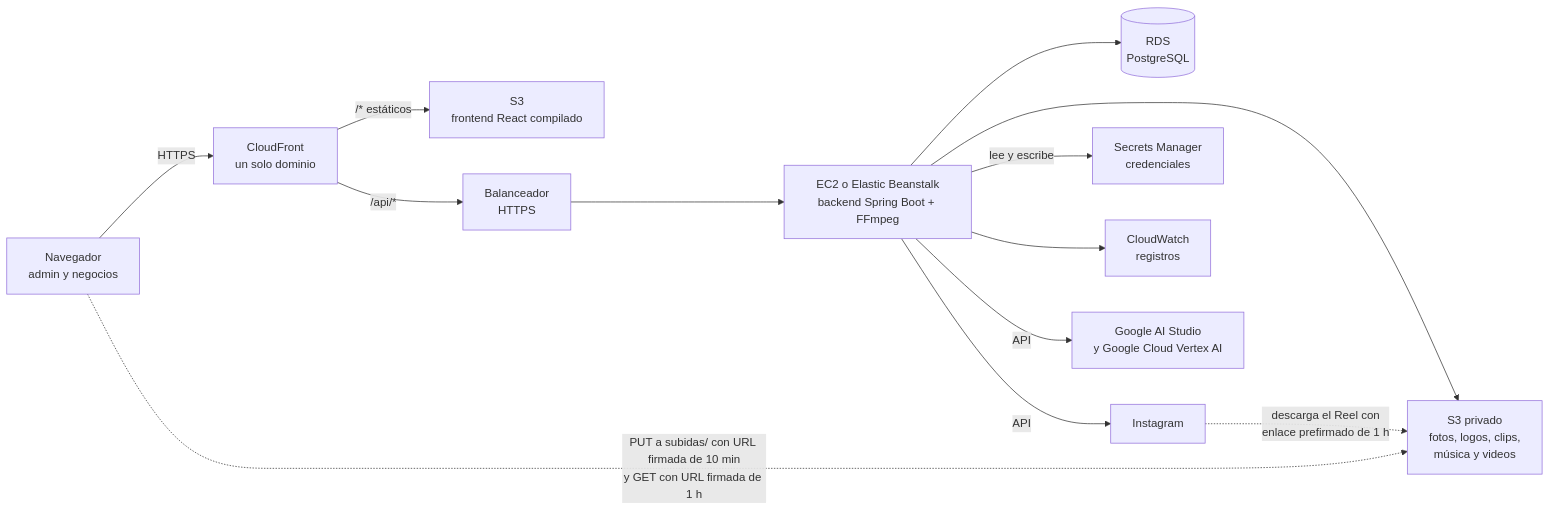
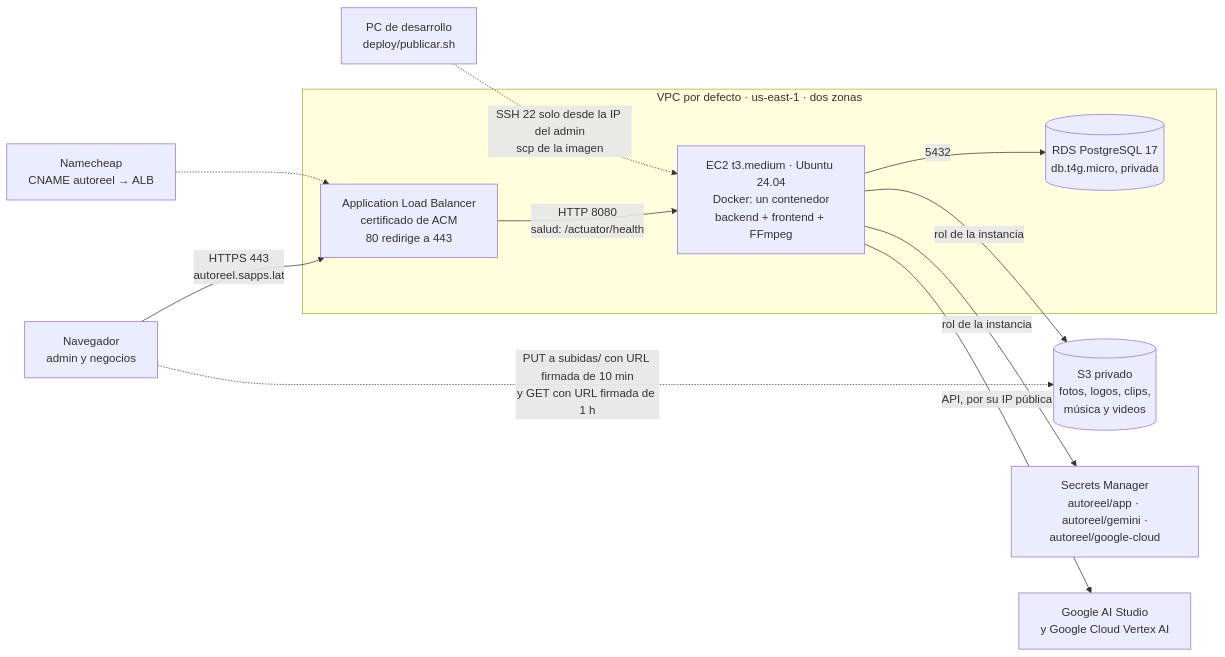
Before and after one commit to fabio2152/autoreel: the diagram in docs/despliegue-aws.md, drawn with Mermaid. The commit also changed other lines of this file and 28 other files, not shown here.

First line of the commit message:
feat: despliegue en aws con ec2, rds, s3 y secrets manager

````diff
--- a/docs/despliegue-aws.md
+++ b/docs/despliegue-aws.md
@@ -11,15 +13,19 @@
 ```mermaid
 flowchart LR
-    U[Navegador<br/>admin y negocios] -->|HTTPS| CF[CloudFront<br/>un solo dominio]
-    CF -->|/* estáticos| S3W[S3<br/>frontend React compilado]
-    CF -->|/api/*| ALB[Balanceador<br/>HTTPS]
-    ALB --> BE[EC2 o Elastic Beanstalk<br/>backend Spring Boot + FFmpeg]
-    BE --> RDS[(RDS<br/>PostgreSQL)]
-    BE --> S3A[S3 privado<br/>fotos, logos, clips,<br/>música y videos]
-    BE -->|lee y escribe| SM[Secrets Manager<br/>credenciales]
-    BE --> CW[CloudWatch<br/>registros]
-    BE -->|API| G[Google AI Studio<br/>y Google Cloud Vertex AI]
-    BE -->|API| IG[Instagram]
-    U -.->|PUT a subidas/ con URL firmada de 10 min<br/>y GET con URL firmada de 1 h| S3A
-    IG -.->|descarga el Reel con<br/>enlace prefirmado de 1 h| S3A
+    U["Navegador<br/>admin y negocios"] -->|"HTTPS 443<br/>autoreel.sapps.lat"| ALB
+    DNS["Namecheap<br/>CNAME autoreel → ALB"] -.-> ALB
+
+    subgraph vpc["VPC por defecto · us-east-1 · dos zonas"]
+        ALB["Application Load Balancer<br/>certificado de ACM<br/>80 redirige a 443"]
+        EC2["EC2 t3.medium · Ubuntu 24.04<br/>Docker: un contenedor<br/>backend + frontend + FFmpeg"]
+        RDS[("RDS PostgreSQL 17<br/>db.t4g.micro, privada")]
+        ALB -->|"HTTP 8080<br/>salud: /actuator/health"| EC2
+        EC2 -->|"5432"| RDS
+    end
+
+    EC2 -->|"rol de la instancia"| S3[("S3 privado<br/>fotos, logos, clips,<br/>música y videos")]
+    EC2 -->|"rol de la instancia"| SM["Secrets Manager<br/>autoreel/app · autoreel/gemini ·<br/>autoreel/google-cloud"]
+    EC2 -->|"API, por su IP pública"| G["Google AI Studio<br/>y Google Cloud Vertex AI"]
+    U -.->|"PUT a subidas/ con URL firmada de 10 min<br/>y GET con URL firmada de 1 h"| S3
+    PC["PC de desarrollo<br/>deploy/publicar.sh"] -.->|"SSH 22 solo desde la IP del admin<br/>scp de la imagen"| EC2
 ```
````
